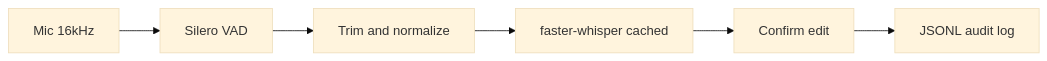
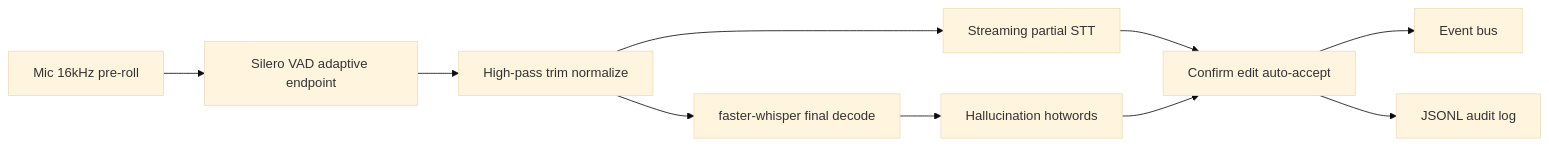
The diagram in docs/ARCHITECTURE.md (HrutikPisal/local-voice-agent), drawn with Mermaid (base theme) before and after one commit. The commit also changed other lines of this file and 33 other files, not shown here.

Commit message:
feat(voice): CPU voice-in pipeline — streaming STT, preload, adaptive VAD, events

````diff
--- a/docs/ARCHITECTURE.md
+++ b/docs/ARCHITECTURE.md
@@ -5,10 +5,19 @@
 ```mermaid
 flowchart LR
-  mic[Mic 16kHz]
-  vad[Silero VAD]
-  prep[Trim and normalize]
-  stt[faster-whisper cached]
-  ui[Confirm edit]
+  mic[Mic 16kHz pre-roll]
+  vad[Silero VAD adaptive endpoint]
+  prep[High-pass trim normalize]
+  partial[Streaming partial STT]
+  final[faster-whisper final decode]
+  filter[Hallucination hotwords]
+  ui[Confirm edit auto-accept]
+  events[Event bus]
   audit[JSONL audit log]
-  mic --> vad --> prep --> stt --> ui --> audit
+  mic --> vad --> prep
+  prep --> partial
+  prep --> final
+  partial --> ui
+  final --> filter --> ui
+  ui --> events
+  ui --> audit
 ```
````
